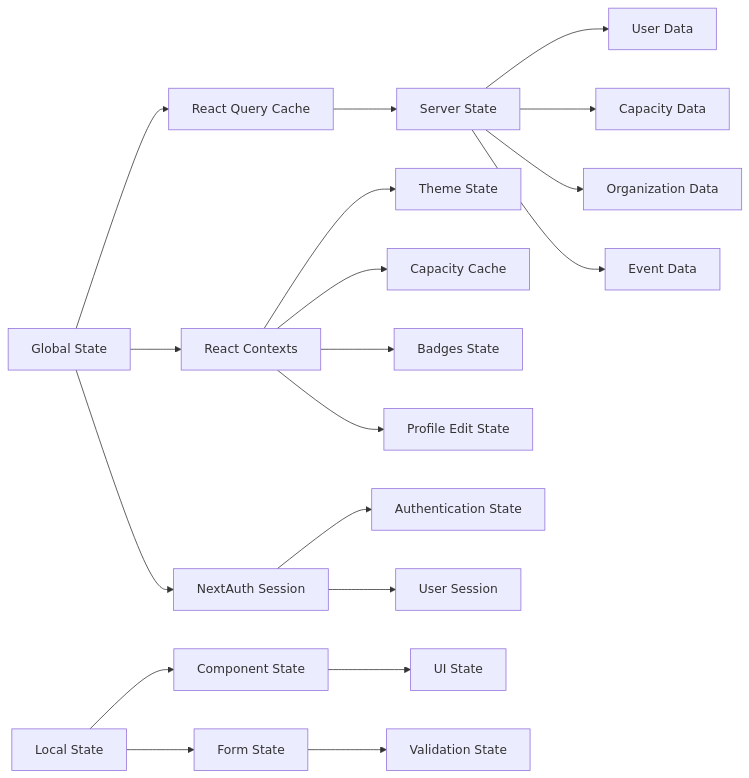
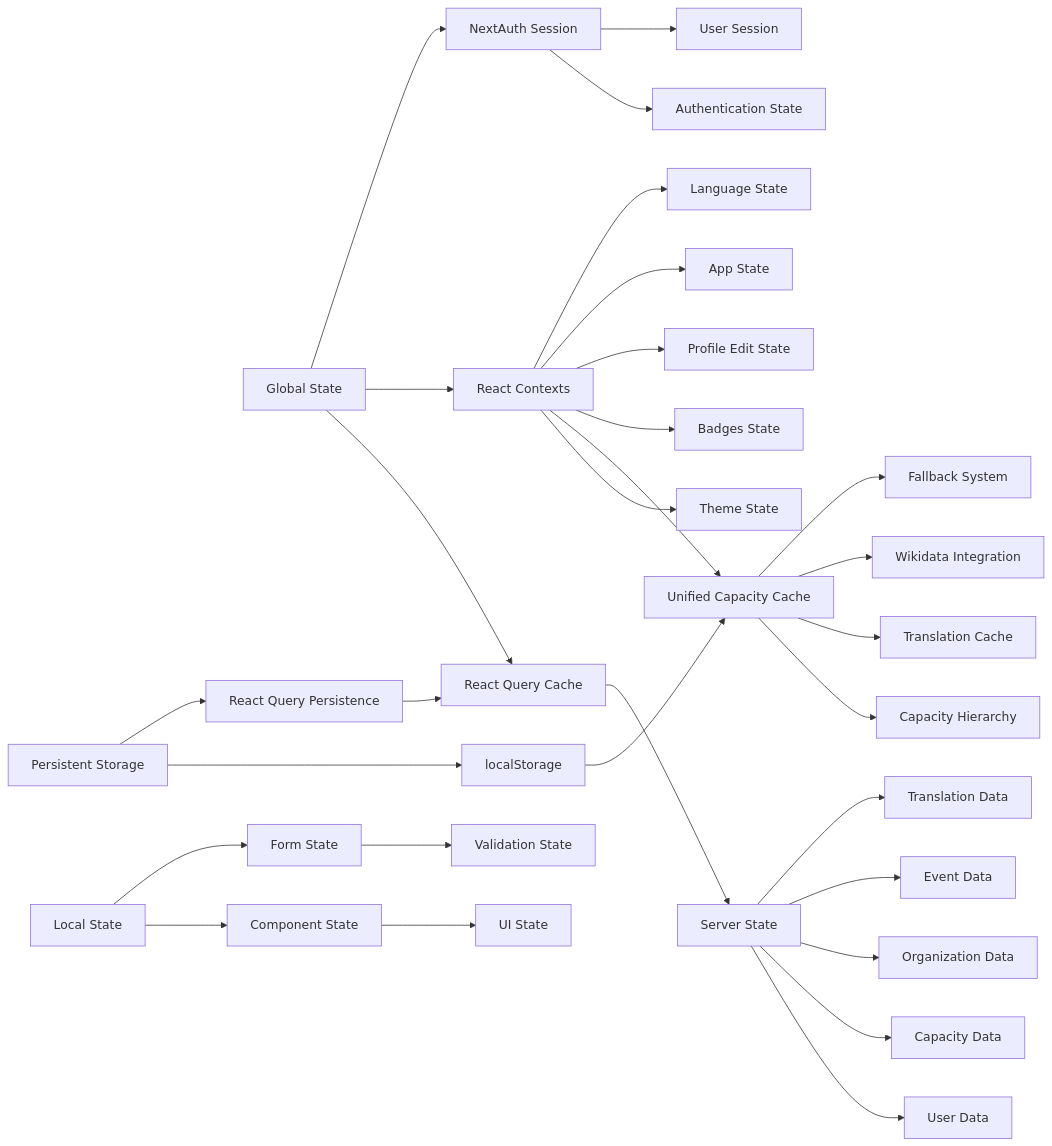
Before and after one commit to wikimediabrasil/capx-frontend: the third of 6 diagrams in README.md, drawn with Mermaid. The commit also changed other lines of this file, not shown here.

````diff
--- a/README.md
+++ b/README.md
@@ -342,25 +386,38 @@
 ```mermaid
 graph LR
     A[Global State] --> B[React Query Cache]
     A --> C[React Contexts]
     A --> D[NextAuth Session]
 
     B --> E[Server State]
     E --> F[User Data]
     E --> G[Capacity Data]
     E --> H[Organization Data]
     E --> I[Event Data]
+    E --> J[Translation Data]
 
-    C --> J[Theme State]
-    C --> K[Capacity Cache]
-    C --> L[Badges State]
-    C --> M[Profile Edit State]
+    C --> K[Theme State]
+    C --> L[Unified Capacity Cache]
+    C --> M[Badges State]
+    C --> N[Profile Edit State]
+    C --> O[App State]
+    C --> P[Language State]
 
-    D --> N[Authentication State]
-    D --> O[User Session]
+    L --> Q[Capacity Hierarchy]
+    L --> R[Translation Cache]
+    L --> S[Wikidata Integration]
+    L --> T[Fallback System]
 
-    P[Local State] --> Q[Component State]
-    P --> R[Form State]
-    Q --> S[UI State]
-    R --> T[Validation State]
+    D --> U[Authentication State]
+    D --> V[User Session]
+
+    W[Local State] --> X[Component State]
+    W --> Y[Form State]
+    X --> Z[UI State]
+    Y --> AA[Validation State]
+
+    BB[Persistent Storage] --> CC[localStorage]
+    CC --> L
+    BB --> DD[React Query Persistence]
+    DD --> B
 ```
````
